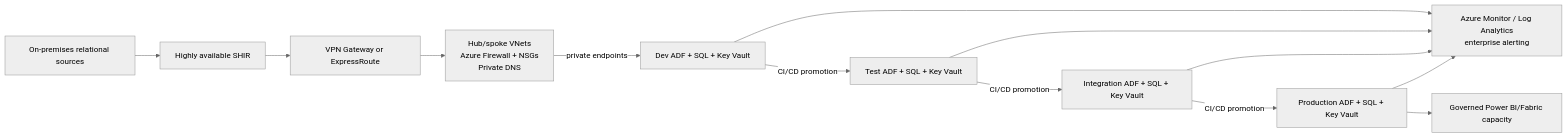
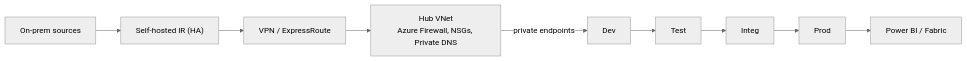
Before and after one commit to priyadharsini0316/azure-data-pipeline: the second of 2 diagrams in docs/ARCHITECTURE.md, drawn with Mermaid (neutral theme). The commit also changed other lines of this file and 32 other files, not shown here.

````diff
--- a/docs/ARCHITECTURE.md
+++ b/docs/ARCHITECTURE.md
@@ -53,19 +78,8 @@
 ```mermaid
 flowchart LR
-    OP[On-premises relational sources]
-    SHIR[Highly available SHIR]
-    WAN[VPN Gateway or ExpressRoute]
-    HUB[Hub/spoke VNets<br/>Azure Firewall + NSGs<br/>Private DNS]
-    DEV[Dev ADF + SQL + Key Vault]
-    TEST[Test ADF + SQL + Key Vault]
-    INT[Integration ADF + SQL + Key Vault]
-    PROD[Production ADF + SQL + Key Vault]
-    MON[Azure Monitor / Log Analytics<br/>enterprise alerting]
-    BI[Governed Power BI/Fabric capacity]
-
-    OP --> SHIR --> WAN --> HUB
-    HUB -->|private endpoints| DEV -->|CI/CD promotion| TEST
-    TEST -->|CI/CD promotion| INT -->|CI/CD promotion| PROD
-    DEV & TEST & INT & PROD --> MON
-    PROD --> BI
+    OP["On-prem sources"] --> SHIR["Self-hosted IR (HA)"]
+    SHIR --> WAN["VPN / ExpressRoute"]
+    WAN --> HUB["Hub VNet<br/>Azure Firewall, NSGs, Private DNS"]
+    HUB -->|"private endpoints"| DEV["Dev"] --> TEST["Test"] --> INT["Integ"] --> PROD["Prod"]
+    PROD --> BI["Power BI / Fabric"]
 ```
````
